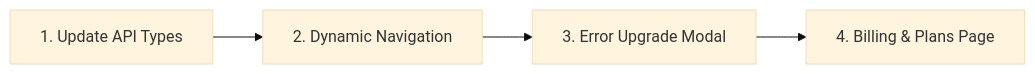
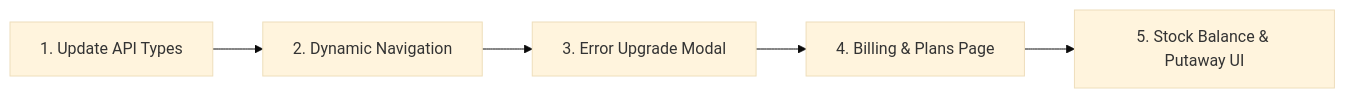
The second of 2 diagrams in docs/BACKEND_FRONTEND_IMPLEMENTATION_GUIDE.md (Arthy001/MatchStock), drawn with Mermaid (base theme) before and after one commit. The commit also changed other lines of this file, not shown here.

Commit message:
docs: add hybrid inventory and stock balance guidelines to backend and frontend implementation guide

````diff
--- a/docs/BACKEND_FRONTEND_IMPLEMENTATION_GUIDE.md
+++ b/docs/BACKEND_FRONTEND_IMPLEMENTATION_GUIDE.md
@@ -77,6 +93,7 @@
 ```mermaid
 flowchart LR
     F1[1. Update API Types] --> F2[2. Dynamic Navigation]
     F2 --> F3[3. Error Upgrade Modal]
     F3 --> F4[4. Billing & Plans Page]
+    F4 --> F5[5. Stock Balance & Putaway UI]
 ```
````
